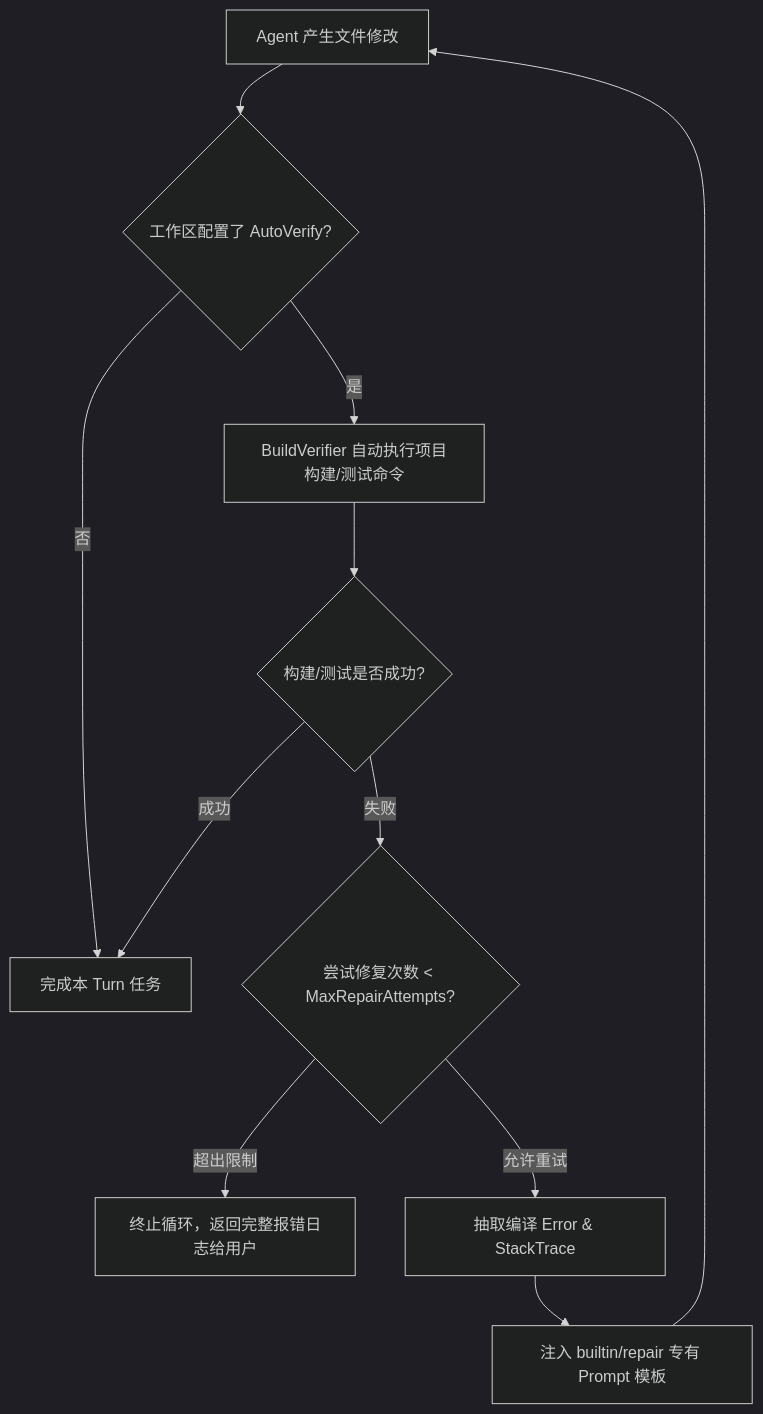
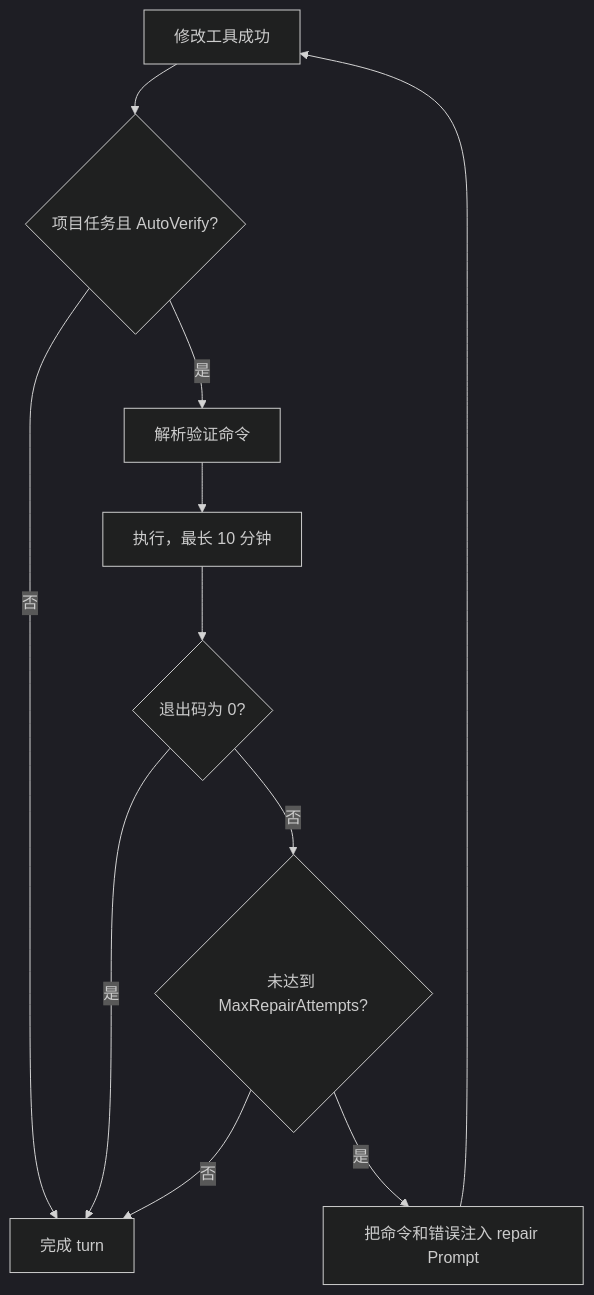
Before and after one commit to umr-xiaomai/SeekClaw: the diagram in seekclaw_website/doc/verification.md, drawn with Mermaid (dark theme). The commit also changed other lines of this file and 42 other files, not shown here.

````diff
--- a/seekclaw_website/doc/verification.md
+++ b/seekclaw_website/doc/verification.md
@@ -11,13 +7,13 @@
 ```mermaid
 flowchart TD
-    A[Agent 产生文件修改] --> B{工作区配置了 AutoVerify?}
-    B -- 否 --> C[完成本 Turn 任务]
-    B -- 是 --> D[BuildVerifier 自动执行项目构建/测试命令]
-    D --> E{构建/测试是否成功?}
-    E -- 成功 --> C
-    E -- 失败 --> F{尝试修复次数 < MaxRepairAttempts?}
-    F -- 超出限制 --> G[终止循环，返回完整报错日志给用户]
-    F -- 允许重试 --> H[抽取编译 Error & StackTrace]
-    H --> I[注入 builtin/repair 专有 Prompt 模板]
-    I --> A
+    A["修改工具成功"] --> B{"项目任务且 AutoVerify?"}
+    B -- 否 --> Z["完成 turn"]
+    B -- 是 --> C["解析验证命令"]
+    C --> D["执行，最长 10 分钟"]
+    D --> E{"退出码为 0?"}
+    E -- 是 --> Z
+    E -- 否 --> F{"未达到 MaxRepairAttempts?"}
+    F -- 是 --> G["把命令和错误注入 repair Prompt"]
+    G --> A
+    F -- 否 --> Z
 ```
````
